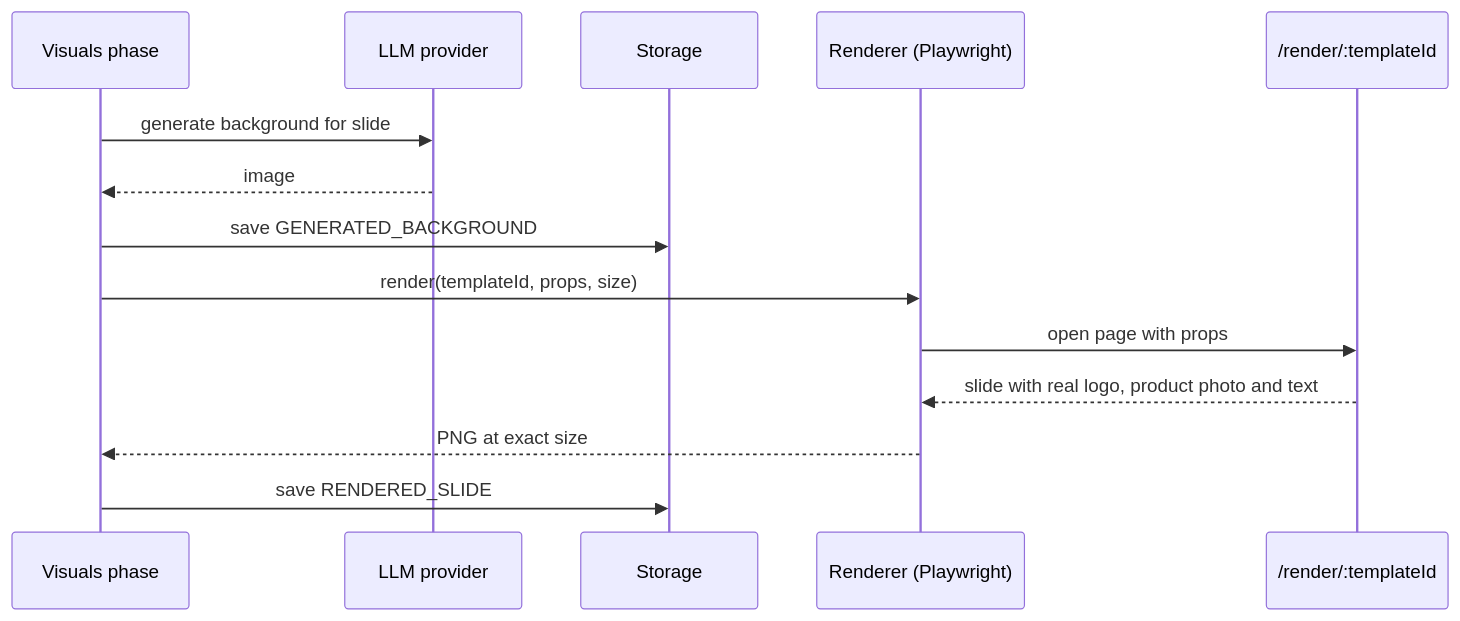
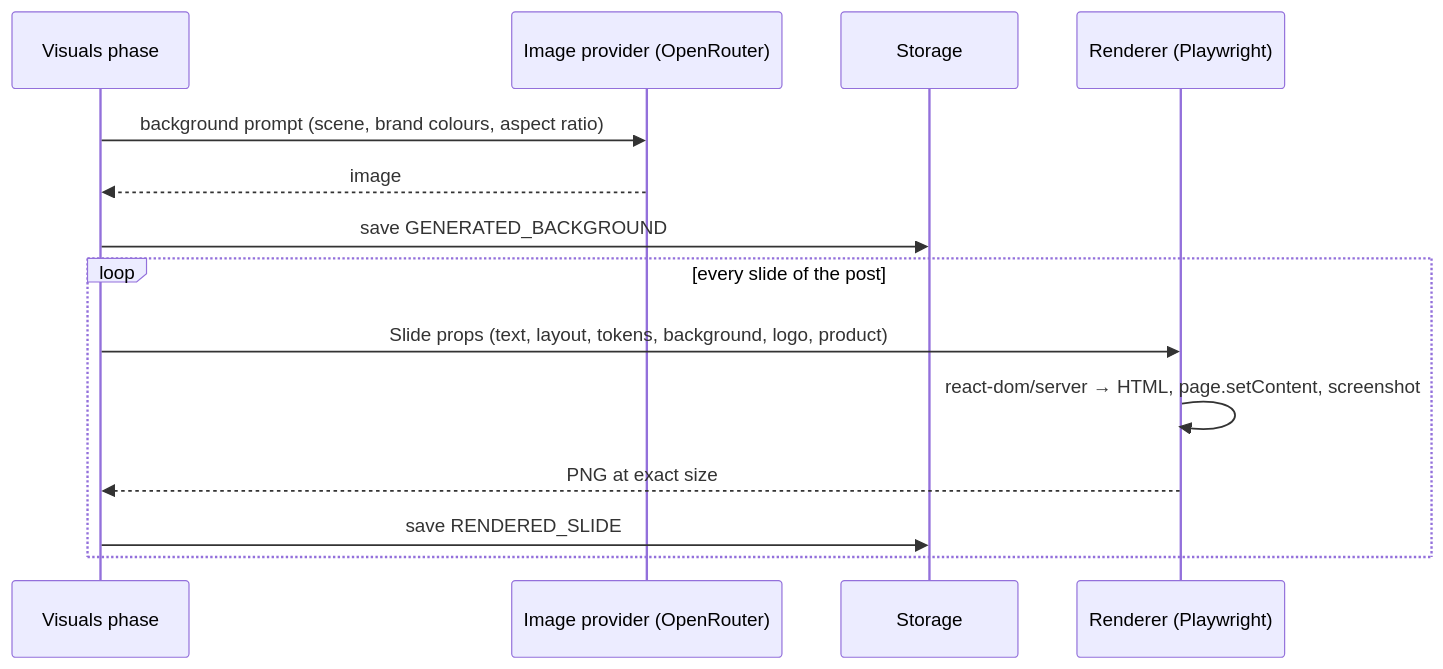
One commit to Aur316/ai-post-recipe changed the diagram in docs/architecture/09-storage-and-rendering.md. Above: the diagram before and after it, drawn with Mermaid. The commit also changed other lines of this file and 62 other files, not shown here.

````diff
--- a/docs/architecture/09-storage-and-rendering.md
+++ b/docs/architecture/09-storage-and-rendering.md
@@ -17,17 +17,17 @@
 ```mermaid
 sequenceDiagram
   participant P as Visuals phase
-  participant L as LLM provider
+  participant I as Image provider (OpenRouter)
   participant S as Storage
   participant R as Renderer (Playwright)
-  participant T as /render/:templateId
 
-  P->>L: generate background for slide
-  L-->>P: image
+  P->>I: background prompt (scene, brand colours, aspect ratio)
+  I-->>P: image
   P->>S: save GENERATED_BACKGROUND
-  P->>R: render(templateId, props, size)
-  R->>T: open page with props
-  T-->>R: slide with real logo, product photo and text
-  R-->>P: PNG at exact size
-  P->>S: save RENDERED_SLIDE
+  loop every slide of the post
+    P->>R: Slide props (text, layout, tokens, background, logo, product)
+    R->>R: react-dom/server → HTML, page.setContent, screenshot
+    R-->>P: PNG at exact size
+    P->>S: save RENDERED_SLIDE
+  end
 ```
````
